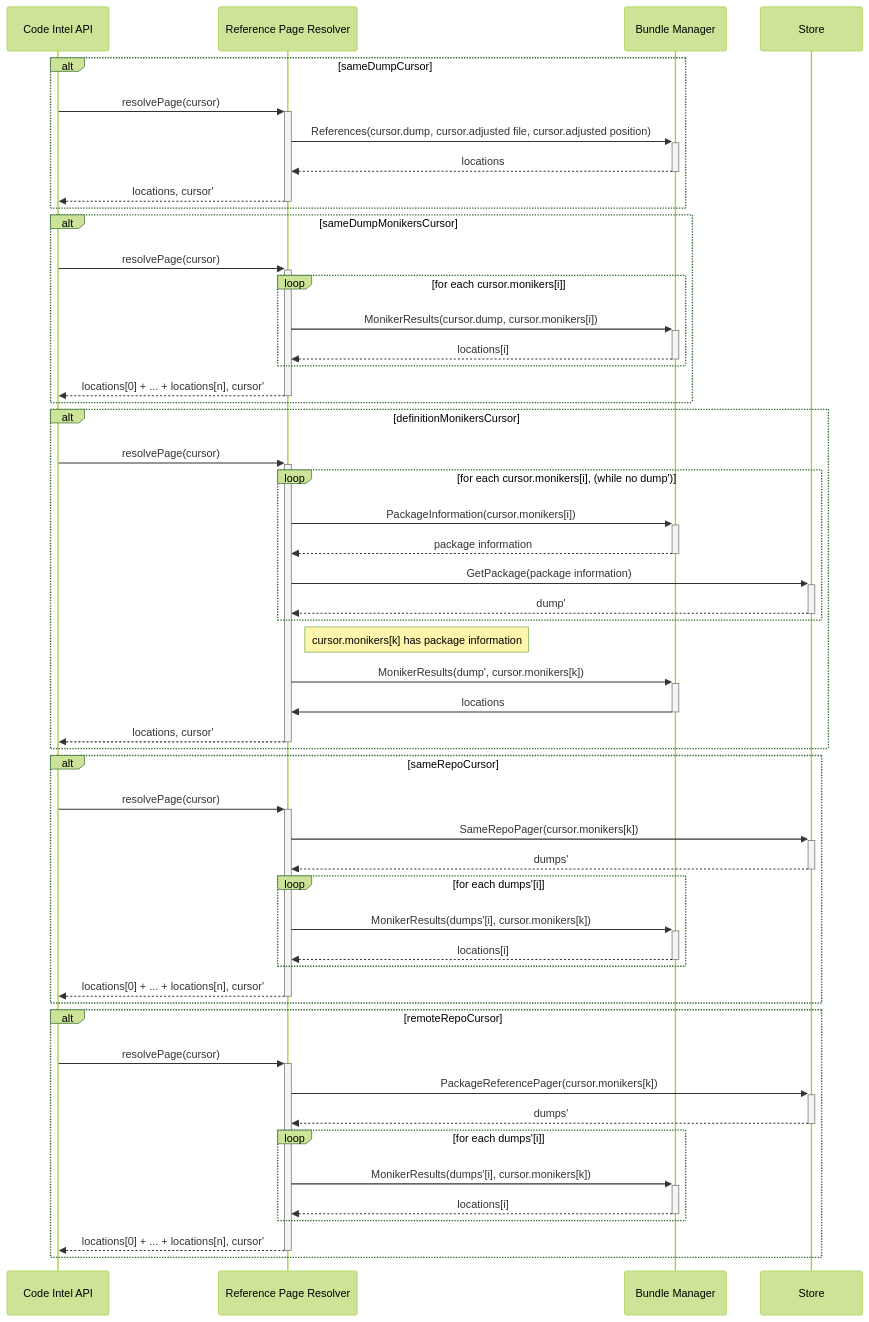
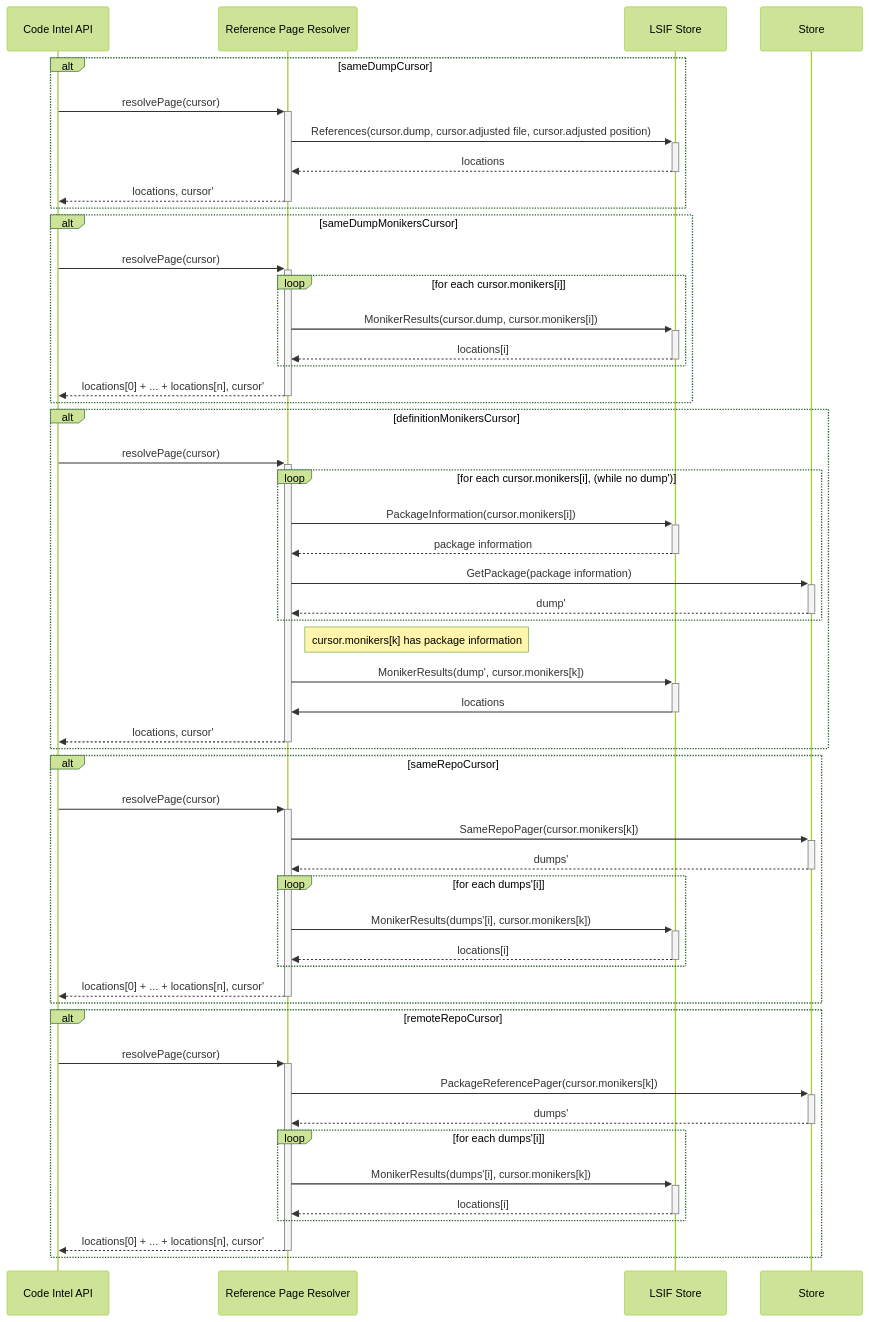
The diagram in doc/dev/background-information/codeintel/diagrams/resolve-page.mermaid (sourcegraph/sourcegraph-public-snapshot), drawn with Mermaid (forest theme) before and after one commit. The commit also changed 14 other files, not shown here.

Commit message:
doc: Update codeintel sequence diagrams

```diff
--- a/doc/dev/background-information/codeintel/diagrams/resolve-page.mermaid
+++ b/doc/dev/background-information/codeintel/diagrams/resolve-page.mermaid
@@ -1,53 +1,53 @@
 sequenceDiagram
   alt sameDumpCursor
     Code Intel API           ->>+ Reference Page Resolver: resolvePage(cursor)
-    Reference Page Resolver  ->>+ Bundle Manager: References(cursor.dump, cursor.adjusted file, cursor.adjusted position)
-    Bundle Manager          -->>- Reference Page Resolver: locations
+    Reference Page Resolver  ->>+ LSIF Store: References(cursor.dump, cursor.adjusted file, cursor.adjusted position)
+    LSIF Store              -->>- Reference Page Resolver: locations
     Reference Page Resolver -->>- Code Intel API: locations, cursor'
   end
 
   alt sameDumpMonikersCursor
     Code Intel API ->>+ Reference Page Resolver: resolvePage(cursor)
     loop for each cursor.monikers[i]
-      Reference Page Resolver  ->>+ Bundle Manager: MonikerResults(cursor.dump, cursor.monikers[i])
-      Bundle Manager          -->>- Reference Page Resolver: locations[i]
+      Reference Page Resolver  ->>+ LSIF Store: MonikerResults(cursor.dump, cursor.monikers[i])
+      LSIF Store              -->>- Reference Page Resolver: locations[i]
     end
     Reference Page Resolver -->>- Code Intel API: locations[0] + ... + locations[n], cursor'
   end
 
   alt definitionMonikersCursor
     Code Intel API ->>+ Reference Page Resolver: resolvePage(cursor)
     loop for each cursor.monikers[i], (while no dump')
-      Reference Page Resolver ->>+ Bundle Manager: PackageInformation(cursor.monikers[i])
-      Bundle Manager         -->>- Reference Page Resolver: package information
+      Reference Page Resolver ->>+ LSIF Store: PackageInformation(cursor.monikers[i])
+      LSIF Store             -->>- Reference Page Resolver: package information
       Reference Page Resolver ->>+ Store: GetPackage(package information)
       Store                  -->>- Reference Page Resolver: dump'
     end
     Note right of Reference Page Resolver: cursor.monikers[k] has package information
 
-    Reference Page Resolver   ->>+ Bundle Manager: MonikerResults(dump', cursor.monikers[k])
-    Bundle Manager            ->>- Reference Page Resolver: locations
+    Reference Page Resolver   ->>+ LSIF Store: MonikerResults(dump', cursor.monikers[k])
+    LSIF Store                ->>- Reference Page Resolver: locations
     Reference Page Resolver  -->>- Code Intel API: locations, cursor'
   end
 
   alt sameRepoCursor
     Code Intel API           ->>+ Reference Page Resolver: resolvePage(cursor)
     Reference Page Resolver  ->>+ Store: SameRepoPager(cursor.monikers[k])
     Store                   -->>- Reference Page Resolver: dumps'
     loop for each dumps'[i]
-      Reference Page Resolver ->>+ Bundle Manager: MonikerResults(dumps'[i], cursor.monikers[k])
-      Bundle Manager         -->>- Reference Page Resolver: locations[i]
+      Reference Page Resolver ->>+ LSIF Store: MonikerResults(dumps'[i], cursor.monikers[k])
+      LSIF Store             -->>- Reference Page Resolver: locations[i]
     end
     Reference Page Resolver -->>- Code Intel API: locations[0] + ... + locations[n], cursor'
   end
 
   alt remoteRepoCursor
     Code Intel API          ->>+ Reference Page Resolver: resolvePage(cursor)
     Reference Page Resolver ->>+ Store: PackageReferencePager(cursor.monikers[k])
     Store                  -->>- Reference Page Resolver: dumps'
     loop for each dumps'[i]
-      Reference Page Resolver ->>+ Bundle Manager: MonikerResults(dumps'[i], cursor.monikers[k])
-      Bundle Manager         -->>- Reference Page Resolver: locations[i]
+      Reference Page Resolver ->>+ LSIF Store: MonikerResults(dumps'[i], cursor.monikers[k])
+      LSIF Store             -->>- Reference Page Resolver: locations[i]
     end
     Reference Page Resolver -->>- Code Intel API: locations[0] + ... + locations[n], cursor'
   end
```
